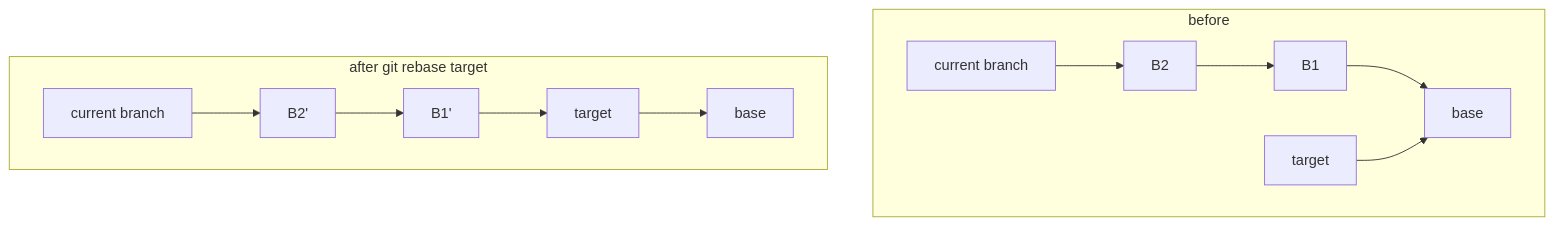
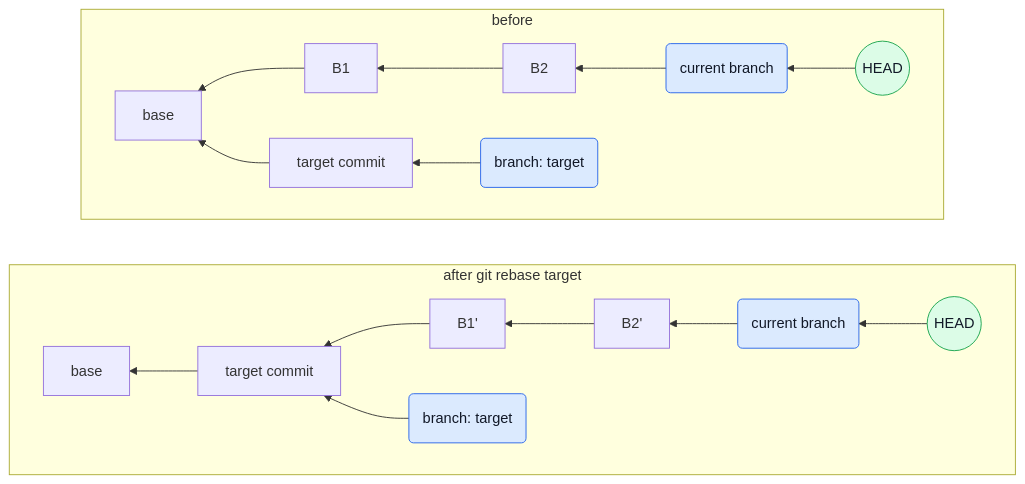
The eighth of 9 diagrams in docs/spec.md (Lax125/gitscript), drawn with Mermaid before and after one commit. The commit also changed other lines of this file, not shown here.

Commit message:
improve graphs in spec

````diff
--- a/docs/spec.md
+++ b/docs/spec.md
@@ -531,13 +567,26 @@
 ```mermaid
 flowchart TB
     subgraph Before["before"]
+        direction RL
         B2["B2"] --> B1["B1"] --> Base1["base"]
-        T1["target"] --> Base1
-        Current1["current branch"] --> B2
+        T1["target commit"] --> Base1
+        TargetBefore("branch: target") --> T1
+        HeadBefore(("HEAD")) --> CurrentBefore("current branch")
+        CurrentBefore --> B2
     end
 
     subgraph After["after git rebase target"]
-        NB2["B2'"] --> NB1["B1'"] --> T2["target"] --> Base2["base"]
-        Current2["current branch"] --> NB2
+        direction RL
+        NB2["B2'"] --> NB1["B1'"] --> T2["target commit"] --> Base2["base"]
+        TargetAfter("branch: target") --> T2
+        HeadAfter(("HEAD")) --> CurrentAfter("current branch")
+        CurrentAfter --> NB2
     end
+    
+    Before ~~~ After
+
+    classDef branch fill:#dbeafe,stroke:#2563eb,color:#111827
+    classDef head fill:#dcfce7,stroke:#16a34a,color:#111827
+    class TargetBefore,CurrentBefore,TargetAfter,CurrentAfter branch
+    class HeadBefore,HeadAfter head
 ```
````
